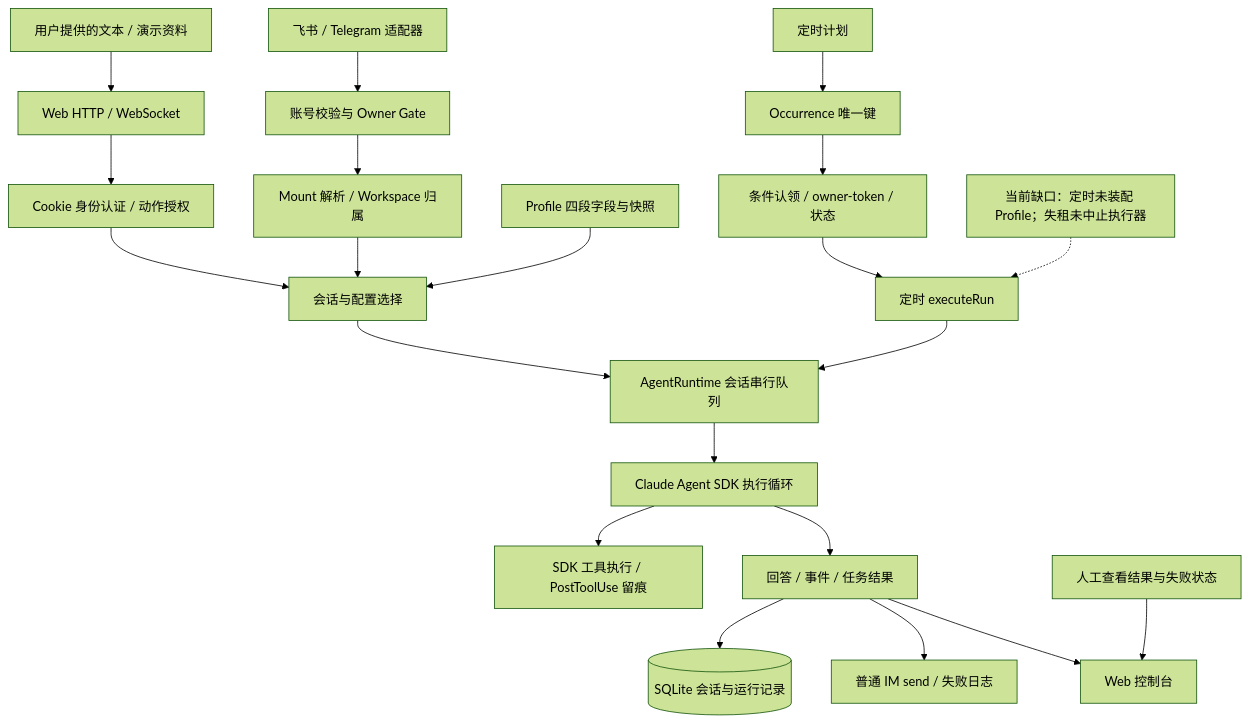
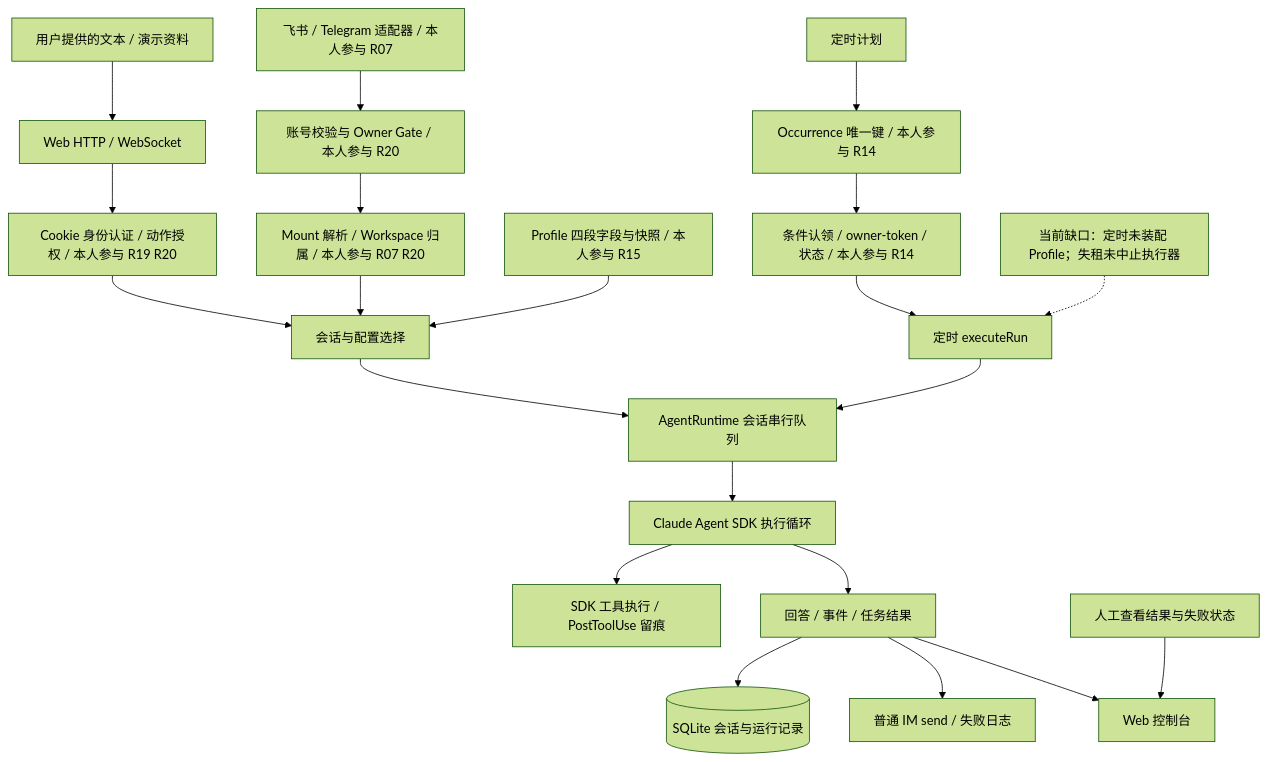
Before and after one commit to Bluuok/mini: the first of 2 diagrams in 修改/HappyClaw/HappyClaw-故事.md, drawn with Mermaid (forest theme). The commit also changed other lines of this file and 30 other files, not shown here.

````diff
--- a/修改/HappyClaw/HappyClaw-故事.md
+++ b/修改/HappyClaw/HappyClaw-故事.md
@@ -44,23 +48,23 @@
 ```mermaid
 flowchart TD
   U[用户提供的文本 / 演示资料] --> W[Web HTTP / WebSocket]
-  I[飞书 / Telegram 适配器] --> G[账号校验与 Owner Gate]
-  G --> M[Mount 解析 / Workspace 归属]
-  W --> A[Cookie 身份认证 / 动作授权]
+  I[飞书 / Telegram 适配器 / 本人参与 R07] --> G[账号校验与 Owner Gate / 本人参与 R20]
+  G --> M[Mount 解析 / Workspace 归属 / 本人参与 R07 R20]
+  W --> A[Cookie 身份认证 / 动作授权 / 本人参与 R19 R20]
   A --> C[会话与配置选择]
   M --> C
-  P[Profile 四段字段与快照] --> C
-  T[定时计划] --> O[Occurrence 唯一键]
-  O --> L[条件认领 / owner-token / 状态]
+  P[Profile 四段字段与快照 / 本人参与 R15] --> C
+  T[定时计划] --> O[Occurrence 唯一键 / 本人参与 R14]
+  O --> L[条件认领 / owner-token / 状态 / 本人参与 R14]
   L --> X[定时 executeRun]
   C --> R[AgentRuntime 会话串行队列]
   X --> R
   R --> S[Claude Agent SDK 执行循环]
   S --> TOOL[SDK 工具执行 / PostToolUse 留痕]
   S --> OUT[回答 / 事件 / 任务结果]
   OUT --> DB[(SQLite 会话与运行记录)]
   OUT --> IMOUT[普通 IM send / 失败日志]
   OUT --> CONSOLE[Web 控制台]
   REVIEW[人工查看结果与失败状态] --> CONSOLE
   GAP[当前缺口：定时未装配 Profile；失租未中止执行器] -.-> X
 ```
````
